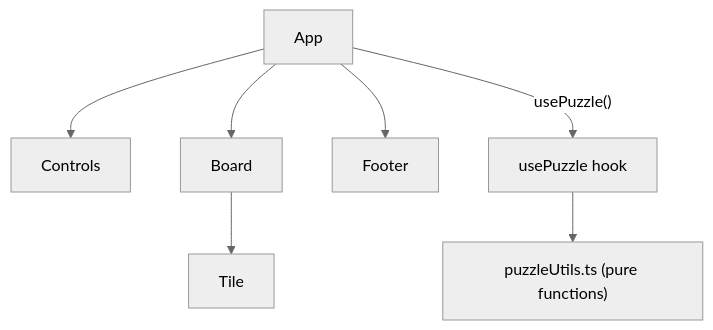
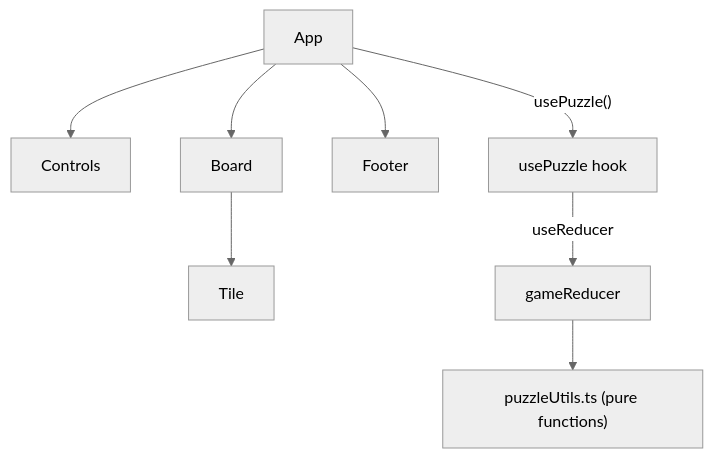
One commit to msfern/slido changed the diagram in README.md. Above: the diagram before and after it, drawn with Mermaid (neutral theme). The commit also changed other lines of this file and 40 other files, not shown here.

````diff
--- a/README.md
+++ b/README.md
@@ -88,9 +80,10 @@
 ```mermaid
 flowchart TD
     App --> Controls
     App --> Board
     App --> Footer
     Board --> Tile
     App -->|"usePuzzle()"| Hook["usePuzzle hook"]
-    Hook --> puzzleUtils["puzzleUtils.ts (pure functions)"]
+    Hook -->|"useReducer"| Reducer["gameReducer"]
+    Reducer --> puzzleUtils["puzzleUtils.ts (pure functions)"]
 ```
````
